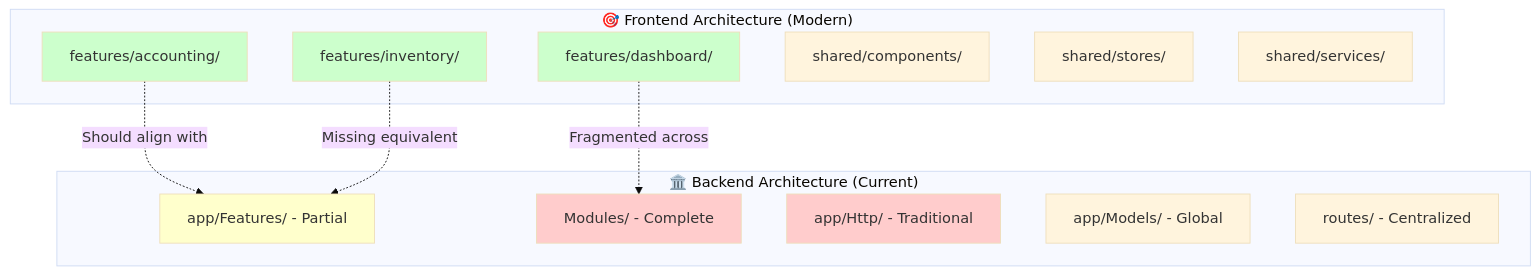
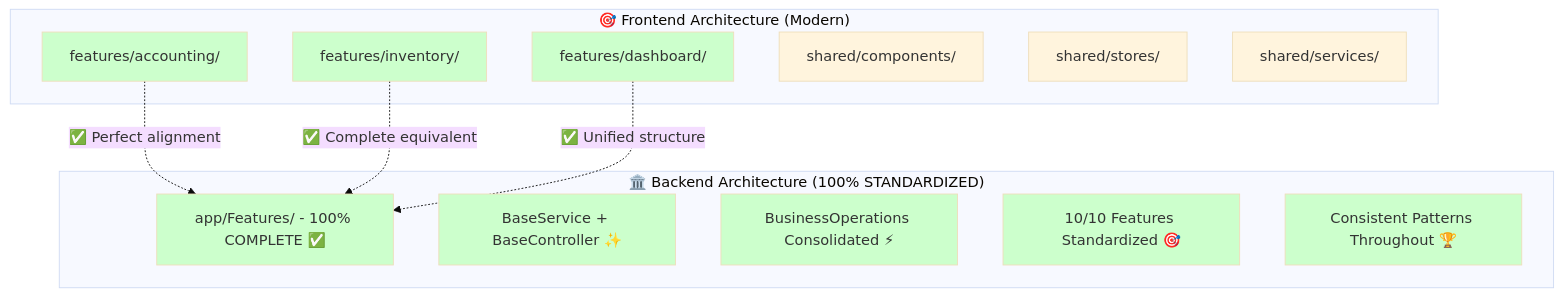
Before and after one commit to abdoElHodaky/larvaccountplatfo: the first of 2 diagrams in docs/ARCHITECTURE_COMPARISON.md, drawn with Mermaid (base theme). The commit also changed other lines of this file and 2 other files, not shown here.

````diff
--- a/docs/ARCHITECTURE_COMPARISON.md
+++ b/docs/ARCHITECTURE_COMPARISON.md
@@ -20,30 +20,32 @@
 ```mermaid
 graph TB
     subgraph "🎯 Frontend Architecture (Modern)"
         F1[features/accounting/]
         F2[features/inventory/]
         F3[features/dashboard/]
         F4[shared/components/]
         F5[shared/stores/]
         F6[shared/services/]
     end
     
-    subgraph "🏛️ Backend Architecture (Current)"
-        B1[app/Features/ - Partial]
-        B2[Modules/ - Complete]
-        B3[app/Http/ - Traditional]
-        B4[app/Models/ - Global]
-        B5[routes/ - Centralized]
+    subgraph "🏛️ Backend Architecture (100% STANDARDIZED)"
+        B1[app/Features/ - 100% COMPLETE ✅]
+        B2[BaseService + BaseController ✨]
+        B3[BusinessOperations Consolidated ⚡]
+        B4[10/10 Features Standardized 🎯]
+        B5[Consistent Patterns Throughout 🏆]
     end
     
-    F1 -.->|"Should align with"| B1
-    F2 -.->|"Missing equivalent"| B1
-    F3 -.->|"Fragmented across"| B2
+    F1 -.->|"✅ Perfect alignment"| B1
+    F2 -.->|"✅ Complete equivalent"| B1
+    F3 -.->|"✅ Unified structure"| B1
     
     style F1 fill:#ccffcc
     style F2 fill:#ccffcc
     style F3 fill:#ccffcc
-    style B1 fill:#ffffcc
-    style B2 fill:#ffcccc
-    style B3 fill:#ffcccc
+    style B1 fill:#ccffcc
+    style B2 fill:#ccffcc
+    style B3 fill:#ccffcc
+    style B4 fill:#ccffcc
+    style B5 fill:#ccffcc
 ```
````
